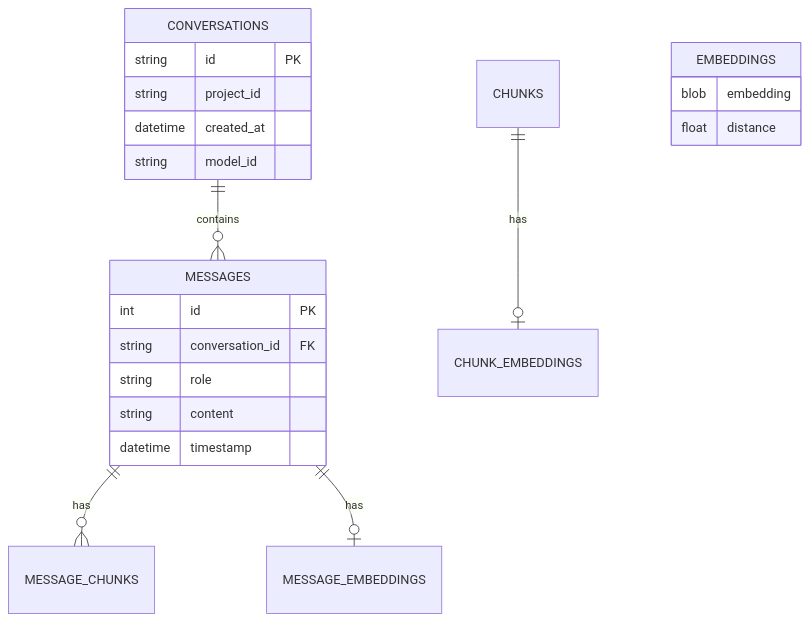
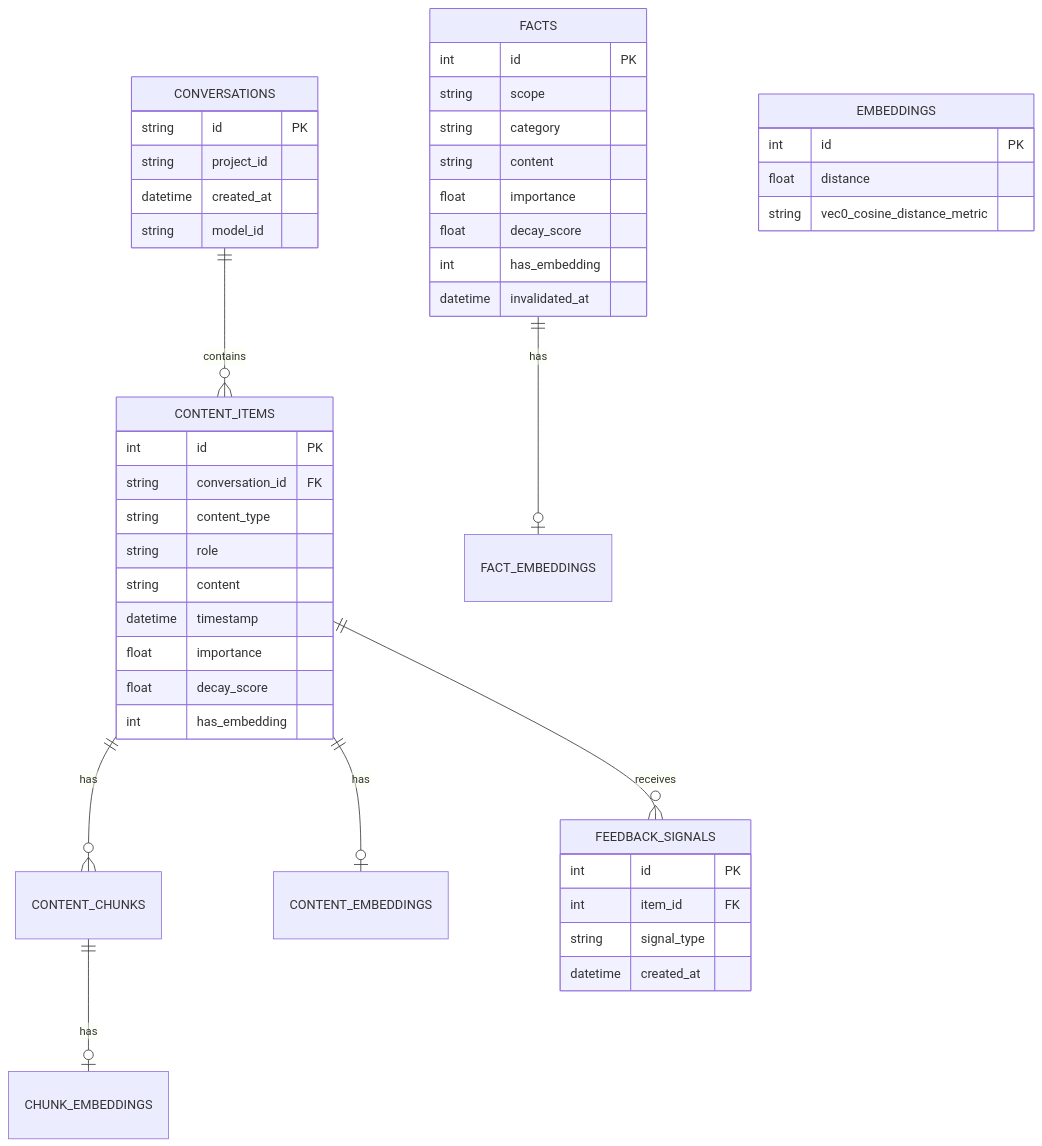
Before and after one commit to luksamuk/sprachspiel: the third of 8 diagrams in doc/src/development/architecture.md, drawn with Mermaid. The commit also changed other lines of this file and 2 other files, not shown here.

Commit message:
docs: update stale architecture, implementation-history, and memory-arch
- architecture.md: ER diagram updated (messages→content_items, added facts,
  feedback_signals, fact_embeddings), persistence layer description updated
  with 6-layer dedup and cosine distance v12
- implementation-history.md: schema v3→v12 with full table definitions,
  migration history, all key constants updated (overflow thresholds now
  percentage-based, fact memory constants added), design decisions updated
  with 6-layer dedup and fact memory section
- memory-architecture.md: 5-layer→6-layer with startup verification as
  layer 5, semantic threshold 0.70 (insert-time) documented alongside 0.90
  (startup), Matryoshka→nomic-embed-text-v2-moe, triple disambiguation
  (exclusive vs accumulative predicates) added, mermaid diagram updated
  with correct layer ordering

````diff
--- a/doc/src/development/architecture.md
+++ b/doc/src/development/architecture.md
@@ -142,27 +144,52 @@
 ```mermaid
 erDiagram
-    CONVERSATIONS ||--o{ MESSAGES : contains
-    MESSAGES ||--o{ MESSAGE_CHUNKS : has
-    MESSAGES ||--o| MESSAGE_EMBEDDINGS : has
-    CHUNKS ||--o| CHUNK_EMBEDDINGS : has
-    
+    CONVERSATIONS ||--o{ CONTENT_ITEMS : contains
+    CONTENT_ITEMS ||--o{ CONTENT_CHUNKS : has
+    CONTENT_ITEMS ||--o| CONTENT_EMBEDDINGS : has
+    CONTENT_CHUNKS ||--o| CHUNK_EMBEDDINGS : has
+    CONTENT_ITEMS ||--o{ FEEDBACK_SIGNALS : receives
+    FACTS ||--o| FACT_EMBEDDINGS : has
+
     CONVERSATIONS {
         string id PK
         string project_id
         datetime created_at
         string model_id
     }
-    
-    MESSAGES {
+
+    CONTENT_ITEMS {
         int id PK
         string conversation_id FK
+        string content_type
         string role
         string content
         datetime timestamp
+        float importance
+        float decay_score
+        int has_embedding
     }
-    
+
+    FACTS {
+        int id PK
+        string scope
+        string category
+        string content
+        float importance
+        float decay_score
+        int has_embedding
+        datetime invalidated_at
+    }
+
+    FEEDBACK_SIGNALS {
+        int id PK
+        int item_id FK
+        string signal_type
+        datetime created_at
+    }
+
     EMBEDDINGS {
-        blob embedding
+        int id PK
         float distance
+        string vec0_cosine_distance_metric
     }
 ```
````
